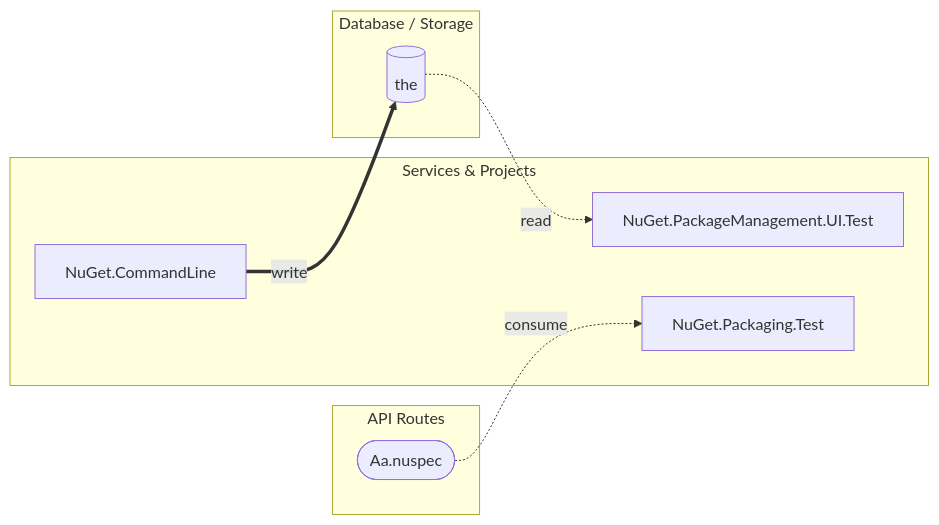
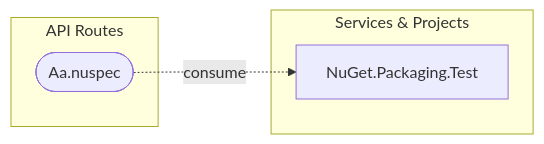
Before and after one commit to GanizaniSitara/tools-static-analysis: the fourth of 5 diagrams in output-nuget/docs/diagrams/all-diagrams.md, drawn with Mermaid. The commit also changed 17 other files, not shown here.

First line of the commit message:
Add click-through detail panel for data flow edges

````diff
--- a/output-nuget/docs/diagrams/all-diagrams.md
+++ b/output-nuget/docs/diagrams/all-diagrams.md
@@ -435,17 +435,10 @@
 ```mermaid
 graph LR
     subgraph Projects["Services & Projects"]
-        NuGet_CommandLine["NuGet.CommandLine"]
-        NuGet_PackageManagement_UI_Test["NuGet.PackageManagement.UI.Test"]
         NuGet_Packaging_Test["NuGet.Packaging.Test"]
-    end
-    subgraph Database["Database / Storage"]
-        table_the[("the")]
     end
     subgraph APIs["API Routes"]
         url_Aa_nuspec(["Aa.nuspec"])
     end
-    NuGet_CommandLine ==>|write| table_the
-    table_the -.->|read| NuGet_PackageManagement_UI_Test
     url_Aa_nuspec -.->|consume| NuGet_Packaging_Test
 ```
````
